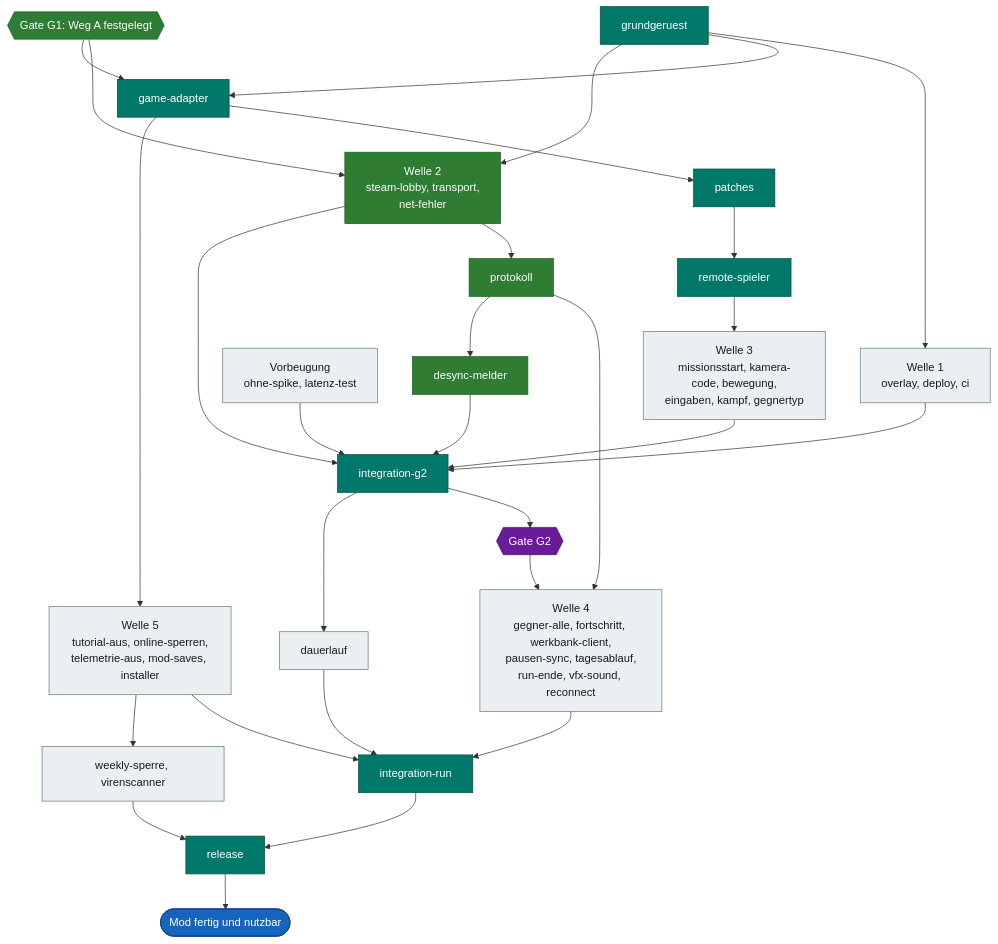
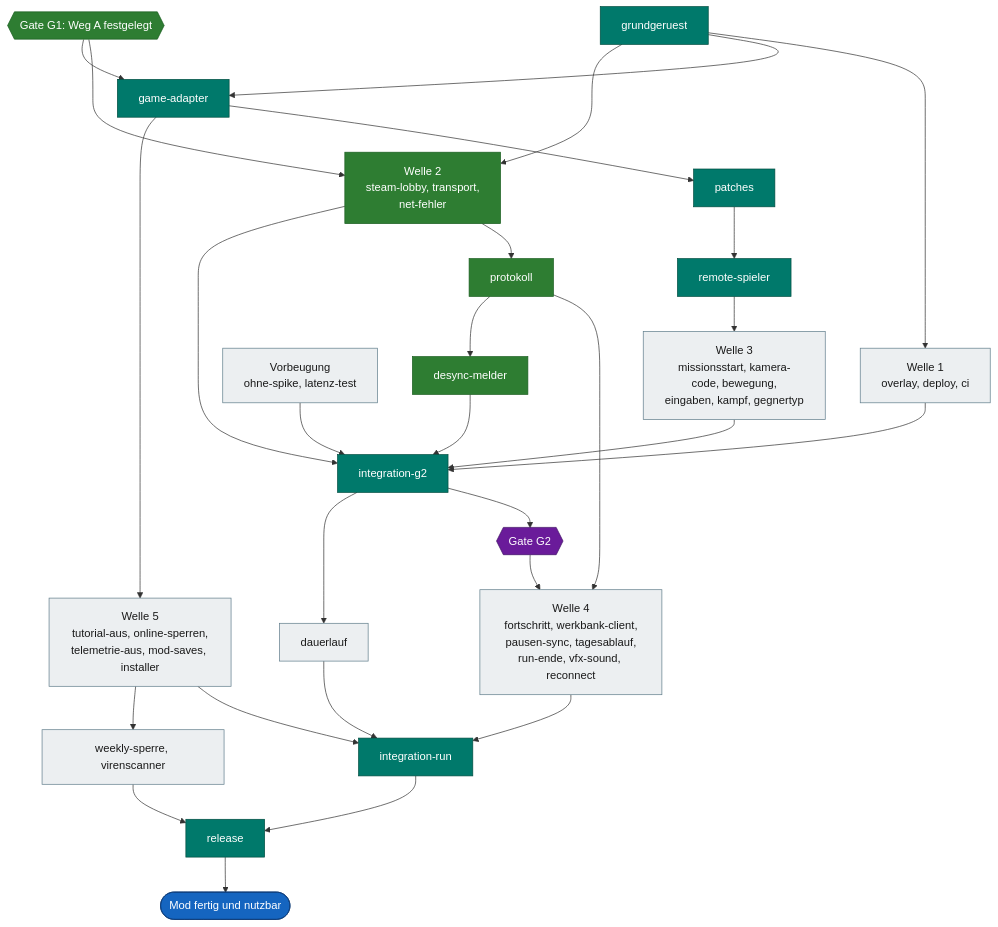
Before and after one commit to VitaminStack/Deadly-Days-Roadtrip-Multiplayer-Mod: the fourth of 4 diagrams in docs/ROADMAP.md, drawn with Mermaid. The commit also changed 22 other files, not shown here.

First line of the commit message:
gegner-alle: Boss-Leiste beim Client in der Mod, Bosse repliziert (#171)

````diff
--- a/docs/ROADMAP.md
+++ b/docs/ROADMAP.md
@@ -325,32 +325,32 @@
 ```mermaid
 flowchart TD
     GR["grundgeruest"]:::central --> W1["Welle 1<br/>overlay, deploy, ci"]:::open
     GR --> GA["game-adapter"]:::central
     G1{{"Gate G1: Weg A festgelegt"}}:::done --> W2["Welle 2<br/>steam-lobby, transport,<br/>net-fehler"]:::done
     GR --> W2
     G1 --> GA
     GA --> PT["patches"]:::central --> RS["remote-spieler"]:::central
     GA --> W5["Welle 5<br/>tutorial-aus, online-sperren,<br/>telemetrie-aus, mod-saves, installer"]:::open
     RS --> W3["Welle 3<br/>missionsstart, kamera-code, bewegung,<br/>eingaben, kampf, gegnertyp"]:::open
     W1 --> IG["integration-g2"]:::central
     W2 --> PR["protokoll"]:::done
     W2 --> IG
     W3 --> IG
     IG --> G2{{"Gate G2"}}:::gate
-    PR --> W4["Welle 4<br/>gegner-alle, fortschritt, werkbank-client,<br/>pausen-sync, tagesablauf,<br/>run-ende, vfx-sound, reconnect"]:::open
+    PR --> W4["Welle 4<br/>fortschritt, werkbank-client,<br/>pausen-sync, tagesablauf,<br/>run-ende, vfx-sound, reconnect"]:::open
     G2 --> W4
     W4 --> IR["integration-run"]:::central
     W5 --> IR
     RV["Vorbeugung<br/>ohne-spike, latenz-test"]:::open --> IG
     PR --> DS["desync-melder"]:::done --> IG
     IG --> DL["dauerlauf"]:::open --> IR
     W5 --> W6["weekly-sperre, virenscanner"]:::open --> RL
     IR --> RL["release"]:::central
     RL --> Z(["Mod fertig und nutzbar"]):::goal
 
     classDef done fill:#2e7d32,stroke:#1b5e20,color:#ffffff
     classDef central fill:#00796b,stroke:#004d40,color:#ffffff
     classDef open fill:#eceff1,stroke:#607d8b,color:#1a1a1a
     classDef gate fill:#6a1b9a,stroke:#3e1163,color:#ffffff
     classDef goal fill:#1565c0,stroke:#0d3c78,color:#ffffff
 ```
````
